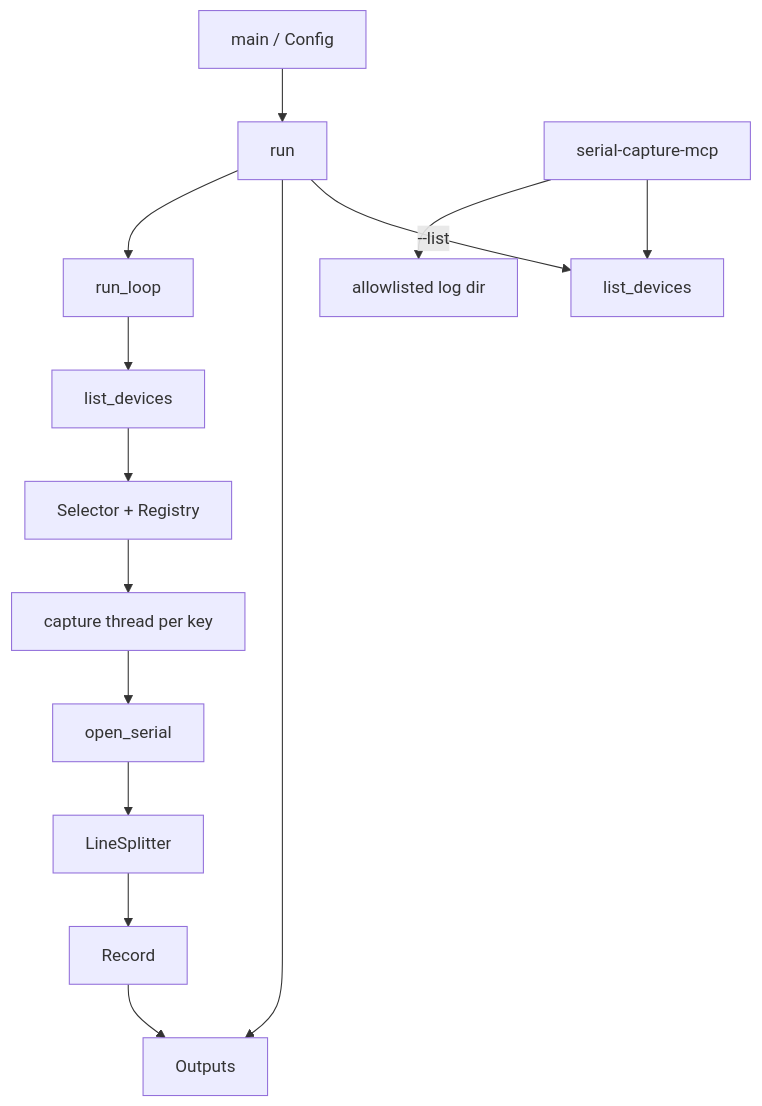
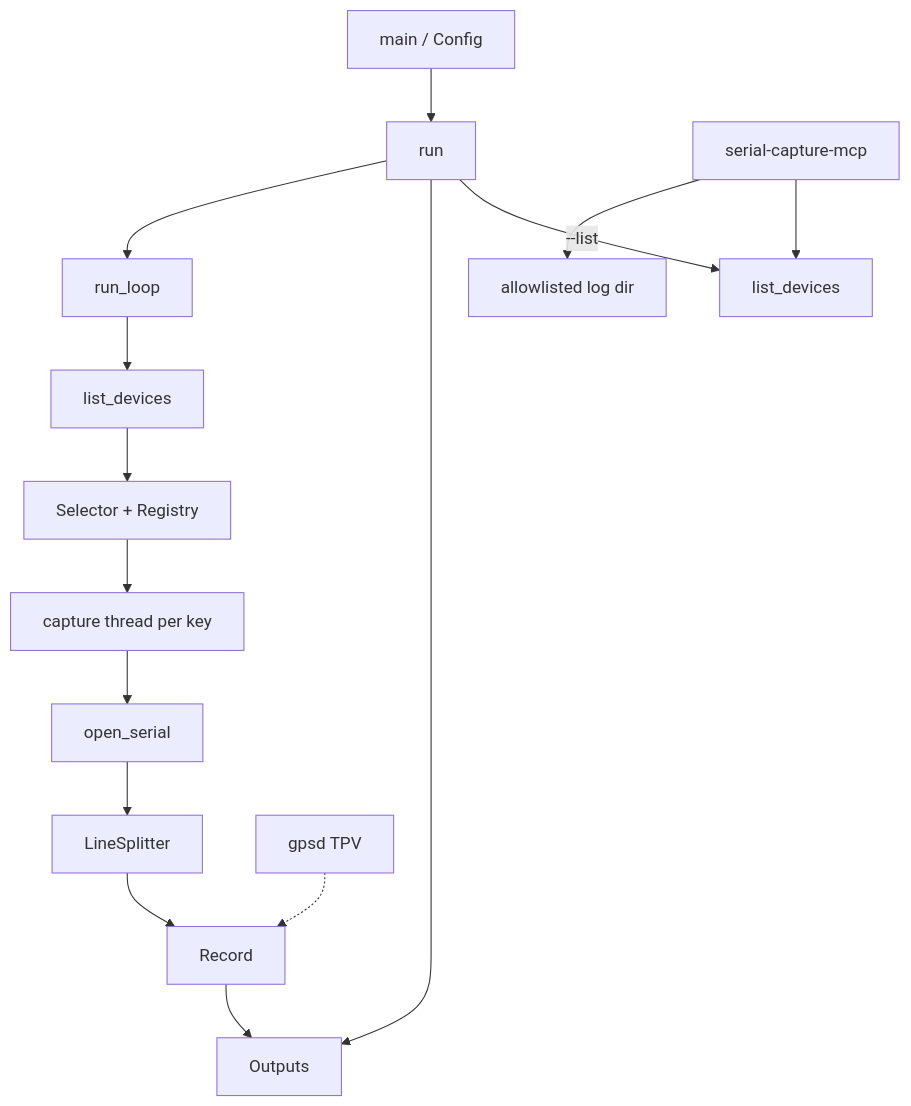
The diagram in docs/architecture.md (brianlechthaler/serial_capture), drawn with Mermaid before and after one commit. The commit also changed other lines of this file and 17 other files, not shown here.

````diff
--- a/docs/architecture.md
+++ b/docs/architecture.md
@@ -15,16 +16,17 @@
 ```mermaid
 flowchart TD
   CLI[main / Config] --> Run[run]
   Run -->|--list| List[list_devices]
   Run --> Out[Outputs]
   Run --> Loop[run_loop]
   Loop --> Scan[list_devices]
   Scan --> Sel[Selector + Registry]
   Sel --> Thread[capture thread per key]
   Thread --> Port[open_serial]
   Port --> Split[LineSplitter]
   Split --> Rec[Record]
   Rec --> Out
+  GPS[gpsd TPV] -.-> Rec
   MCP[serial-capture-mcp] --> List
   MCP --> Logs[allowlisted log dir]
 ```
````
